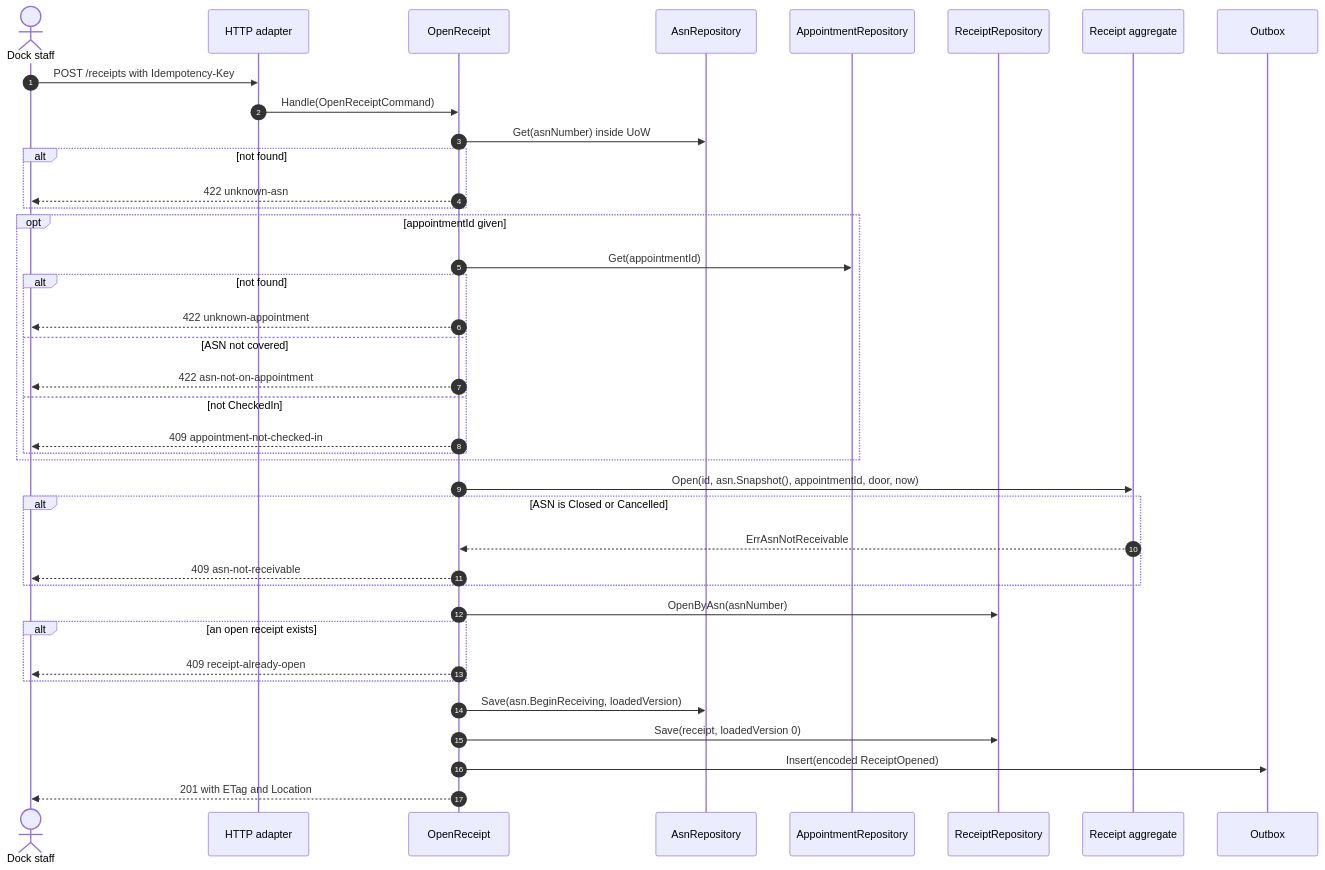
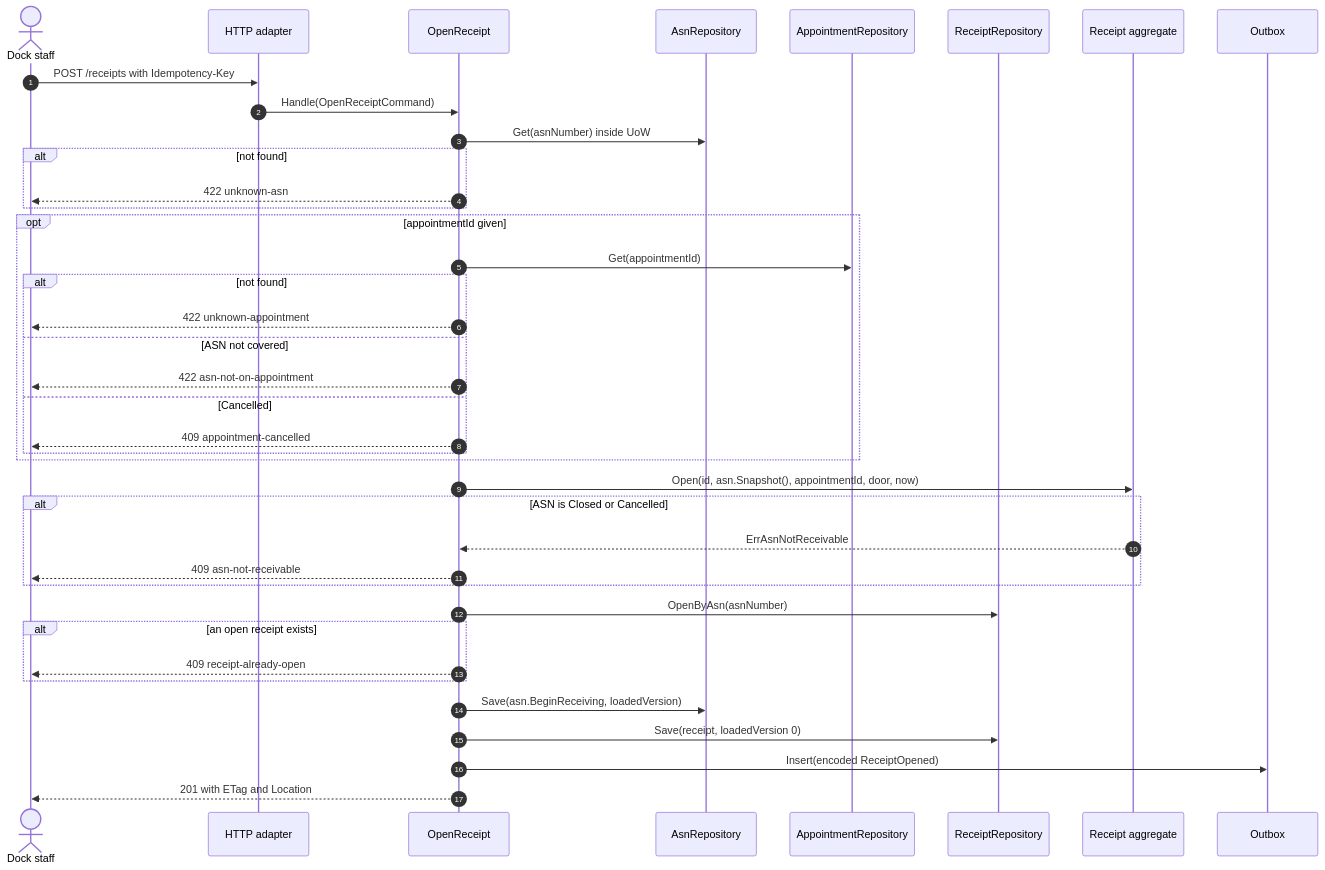
The third of 7 diagrams in docs/contexts/inbound-receiving/sequence-diagrams.md (IQVO/warehouse-docs), drawn with Mermaid before and after one commit. The commit also changed other lines of this file and 16 other files, not shown here.

````diff
--- a/docs/contexts/inbound-receiving/sequence-diagrams.md
+++ b/docs/contexts/inbound-receiving/sequence-diagrams.md
@@ -170,42 +98,42 @@
 ```mermaid
 sequenceDiagram
   autonumber
   actor Dock as Dock staff
   participant H as HTTP adapter
   participant UC as OpenReceipt
   participant AR as AsnRepository
   participant PR as AppointmentRepository
   participant RR as ReceiptRepository
   participant RC as Receipt aggregate
   participant O as Outbox
 
   Dock->>H: POST /receipts with Idempotency-Key
   H->>UC: Handle(OpenReceiptCommand)
   UC->>AR: Get(asnNumber) inside UoW
   alt not found
     UC-->>Dock: 422 unknown-asn
   end
   opt appointmentId given
     UC->>PR: Get(appointmentId)
     alt not found
       UC-->>Dock: 422 unknown-appointment
     else ASN not covered
       UC-->>Dock: 422 asn-not-on-appointment
-    else not CheckedIn
-      UC-->>Dock: 409 appointment-not-checked-in
+    else Cancelled
+      UC-->>Dock: 409 appointment-cancelled
     end
   end
   UC->>RC: Open(id, asn.Snapshot(), appointmentId, door, now)
   alt ASN is Closed or Cancelled
     RC-->>UC: ErrAsnNotReceivable
     UC-->>Dock: 409 asn-not-receivable
   end
   UC->>RR: OpenByAsn(asnNumber)
   alt an open receipt exists
     UC-->>Dock: 409 receipt-already-open
   end
   UC->>AR: Save(asn.BeginReceiving, loadedVersion)
   UC->>RR: Save(receipt, loadedVersion 0)
   UC->>O: Insert(encoded ReceiptOpened)
   UC-->>Dock: 201 with ETag and Location
 ```
````
